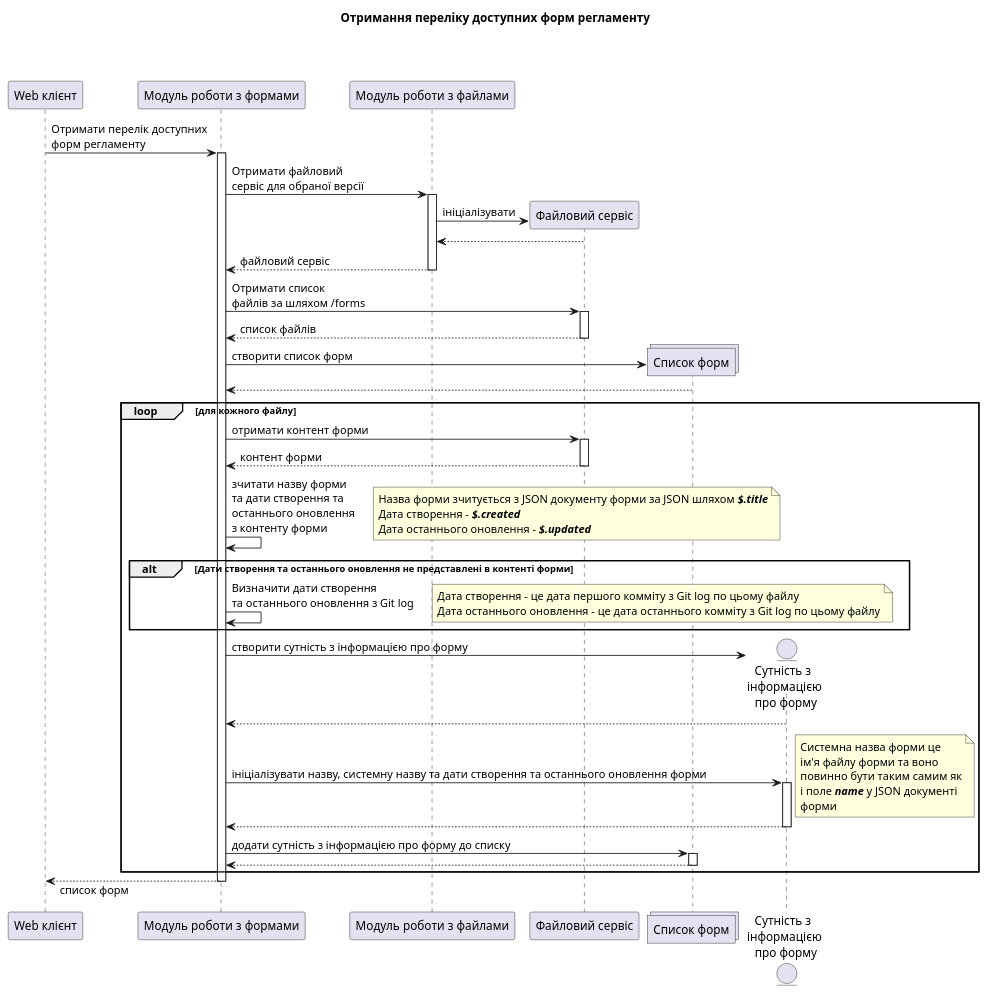
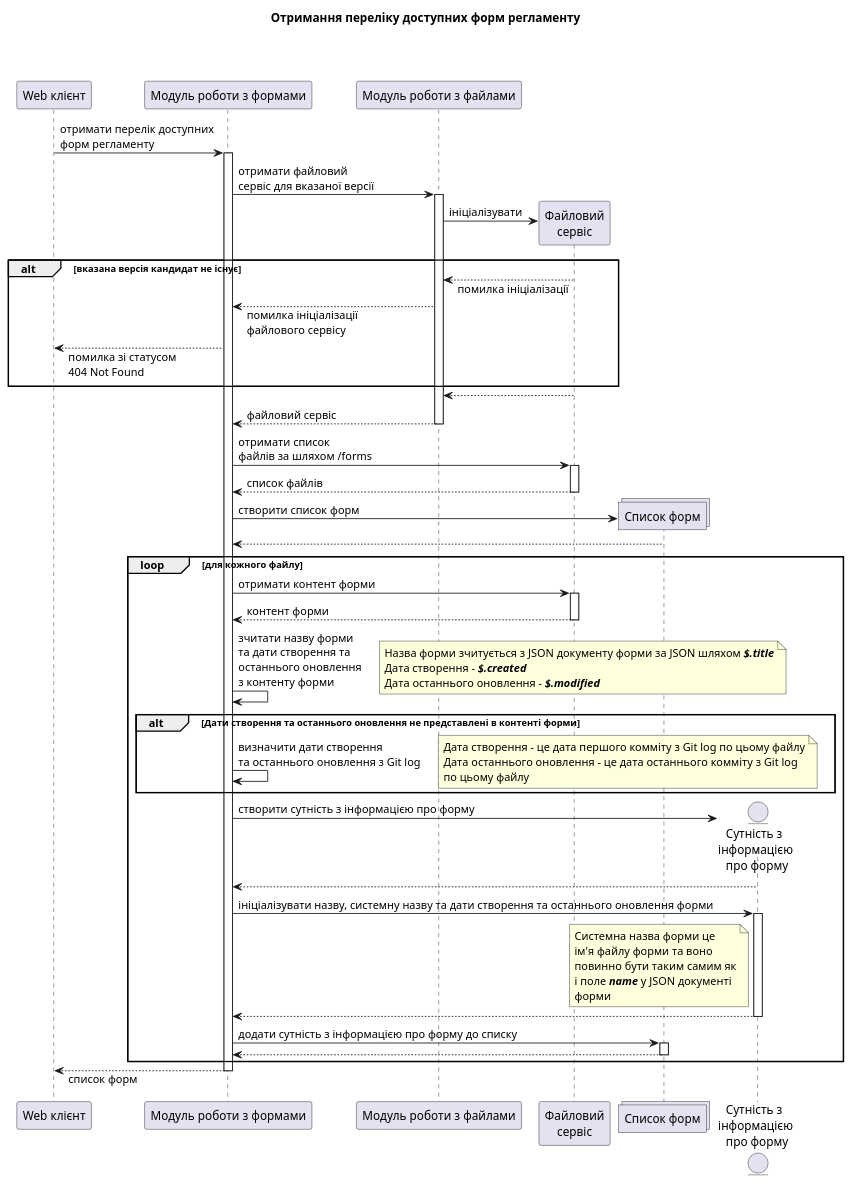
One commit to epam/edp-ddm-registry-regulation-management changed the diagram in docs/modules/admin-portal-backend/partials/forms/get-form-list.puml. Above: the diagram before and after it, drawn with PlantUML. The commit also changed 11 other files, not shown here.

Commit message:
[EDP-DDM-18896] fixed dates storing and reading design and added diagrams for forms and business-processes CRUD operations

```diff
--- a/docs/modules/admin-portal-backend/partials/forms/get-form-list.puml
+++ b/docs/modules/admin-portal-backend/partials/forms/get-form-list.puml
@@ -1,78 +1,84 @@
 @startuml
 participant "Web клієнт" as client order 1
 participant "Модуль роботи з формами" as formModule order 2
 participant "Модуль роботи з файлами" as fileModule order 3
-participant "Файловий сервіс" as fileService order 4
+participant "Файловий\nсервіс" as fileService order 4
 collections "Список форм" as formList order 5
 entity "Сутність з \nінформацією\n про форму" as formDto order 6
 
 skinparam responseMessageBelowArrow true
 
 title Отримання переліку доступних форм регламенту
 
-client -> formModule: Отримати перелік доступних\nформ регламенту
+client -> formModule: отримати перелік доступних\nформ регламенту
 activate formModule
-  formModule -> fileModule: Отримати файловий\nсервіс для обраної версії
+  formModule -> fileModule: отримати файловий\nсервіс для вказаної версії
   activate fileModule
     create fileService
     fileModule -> fileService: ініціалізувати
+    alt вказана версія кандидат не існує
+      fileModule <-- fileService: помилка ініціалізації
+      formModule <-- fileModule: помилка ініціалізації\nфайлового сервісу
+      client <-- formModule: помилка зі статусом\n404 Not Found
+    end
     fileModule <-- fileService
     return файловий сервіс
   deactivate fileModule
 
-  formModule -> fileService: Отримати список\nфайлів за шляхом /forms
+  formModule -> fileService: отримати список\nфайлів за шляхом /forms
   activate fileService
     return список файлів
   deactivate fileService
 
   create formList
   formModule -> formList: створити список форм
   return
 
   loop для кожного файлу
     formModule -> fileService: отримати контент форми
     activate fileService
     return контент форми
     deactivate fileService
 
     formModule -> formModule: зчитати назву форми\nта дати створення та\nостаннього оновлення\nз контенту форми
     note right
     Назва форми зчитується з JSON документу форми за JSON шляхом **//$.title//**
     Дата створення - **//$.created//**
-    Дата останнього оновлення - **//$.updated//**
+    Дата останнього оновлення - **//$.modified//**
     end note
 
     alt Дати створення та останнього оновлення не представлені в контенті форми
-    formModule -> formModule: Визначити дати створення\nта останнього оновлення з Git log
+    formModule -> formModule: визначити дати створення\nта останнього оновлення з Git log
     note right
     Дата створення - це дата першого комміту з Git log по цьому файлу
-    Дата останнього оновлення - це дата останнього комміту з Git log по цьому файлу
+    Дата останнього оновлення - це дата останнього комміту з Git log
+    по цьому файлу
     end note
     end
 
     create formDto
     formModule -> formDto: створити сутність з інформацією про форму
     return
 
     formModule -> formDto: ініціалізувати назву, системну назву та дати створення та останнього оновлення форми
-    note right
+    note left of formDto
     Системна назва форми це
     ім'я файлу форми та воно
     повинно бути таким самим як
     і поле **//name//** у JSON документі
     форми
     end note
     activate formDto
     return
     deactivate formDto
 
     formModule -> formList: додати сутність з інформацією про форму до списку
     activate formList
     return
     deactivate formList
   end
 
   client <-- formModule: список форм
 
 deactivate formModule
 @enduml
```
